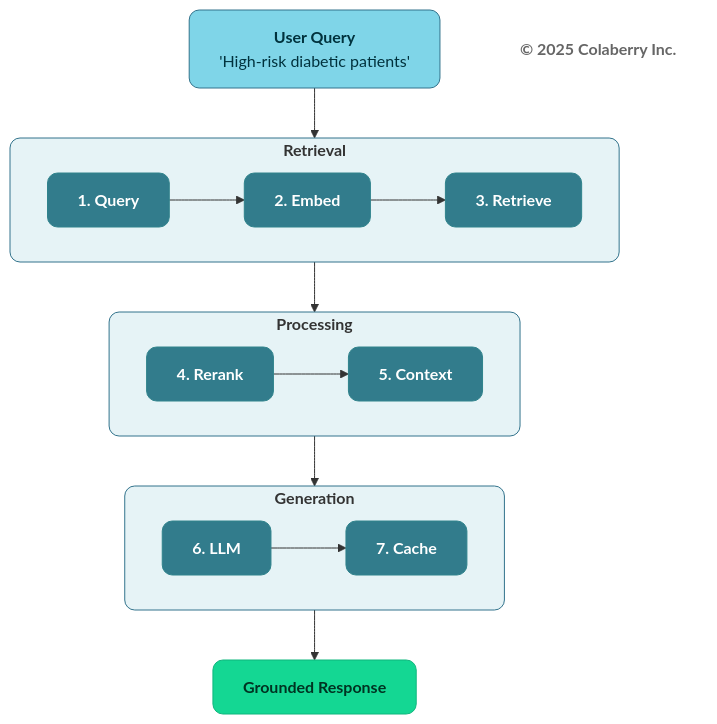
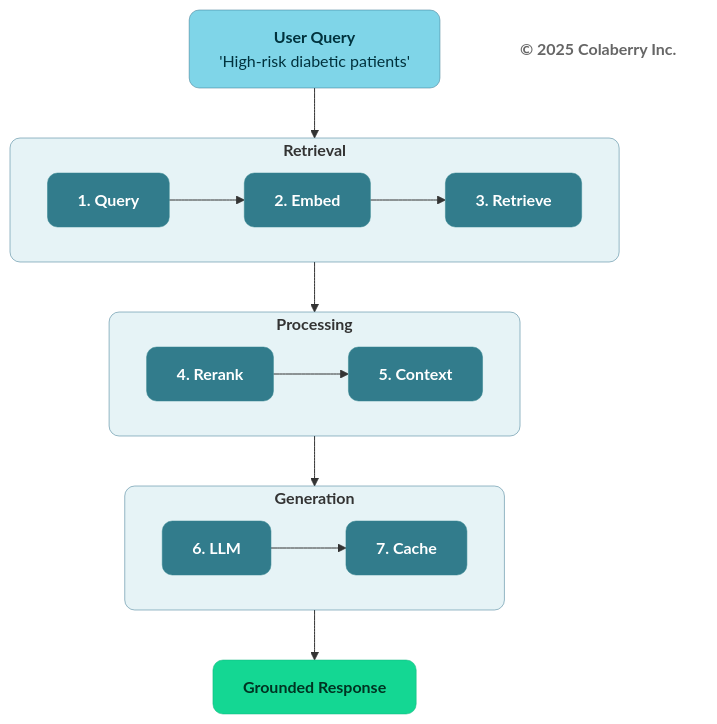
Before and after one commit to saitejesh-cyber/trust-before-intelligence-book: the seventh of 13 diagrams in manuscript/06_chapter_5_intelligence_layers.md, drawn with Mermaid. The commit also changed other lines of this file and 12 other files, not shown here.

Commit message:
Update stroke width to 0.5px instead of 1px to all the diagrams

````diff
--- a/manuscript/06_chapter_5_intelligence_layers.md
+++ b/manuscript/06_chapter_5_intelligence_layers.md
@@ -594,45 +594,45 @@
 ```mermaid
 graph TB
     Q["<b>User Query</b><br/>'High-risk diabetic patients'"]
     
     subgraph ROW1["<b>Retrieval</b>"]
         direction LR
         S1["<b>1. Query</b>"] --> S2["<b>2. Embed</b>"] --> S3["<b>3. Retrieve</b>"]
     end
     
     subgraph ROW2["<b>Processing</b>"]
         direction LR
         S4["<b>4. Rerank</b>"] --> S5["<b>5. Context</b>"]
     end
     
     subgraph ROW3["<b>Generation</b>"]
         direction LR
         S6["<b>6. LLM</b>"] --> S7["<b>7. Cache</b>"]
     end
     
     RESULT["<b>Grounded Response</b>"]
     
     Q --> ROW1
     ROW1 --> ROW2
     ROW2 --> ROW3
     ROW3 --> RESULT
     
     Copyright["<b>© 2025 Colaberry Inc.</b>"]
     
-    style Q fill:#7FD5E8,stroke:#32738C,stroke-width:1px,color:#00323D,rx:10,ry:10
+    style Q fill:#7FD5E8,stroke:#32738C,stroke-width:0.5px,color:#00323D,rx:10,ry:10
     
-    style ROW1 fill:#E6F3F6,stroke:#32738C,stroke-width:1px,rx:10,ry:10
-    style ROW2 fill:#E6F3F6,stroke:#32738C,stroke-width:1px,rx:10,ry:10
-    style ROW3 fill:#E6F3F6,stroke:#32738C,stroke-width:1px,rx:10,ry:10
+    style ROW1 fill:#E6F3F6,stroke:#32738C,stroke-width:0.5px,rx:10,ry:10
+    style ROW2 fill:#E6F3F6,stroke:#32738C,stroke-width:0.5px,rx:10,ry:10
+    style ROW3 fill:#E6F3F6,stroke:#32738C,stroke-width:0.5px,rx:10,ry:10
     
-    style S1 fill:#327C8C,stroke:#30838C,stroke-width:1px,color:#ffffff,rx:10,ry:10
-    style S2 fill:#327C8C,stroke:#30838C,stroke-width:1px,color:#ffffff,rx:10,ry:10
-    style S3 fill:#327C8C,stroke:#30838C,stroke-width:1px,color:#ffffff,rx:10,ry:10
-    style S4 fill:#327C8C,stroke:#30838C,stroke-width:1px,color:#ffffff,rx:10,ry:10
-    style S5 fill:#327C8C,stroke:#30838C,stroke-width:1px,color:#ffffff,rx:10,ry:10
-    style S6 fill:#327C8C,stroke:#30838C,stroke-width:1px,color:#ffffff,rx:10,ry:10
-    style S7 fill:#327C8C,stroke:#30838C,stroke-width:1px,color:#ffffff,rx:10,ry:10
+    style S1 fill:#327C8C,stroke:#30838C,stroke-width:0.5px,color:#ffffff,rx:10,ry:10
+    style S2 fill:#327C8C,stroke:#30838C,stroke-width:0.5px,color:#ffffff,rx:10,ry:10
+    style S3 fill:#327C8C,stroke:#30838C,stroke-width:0.5px,color:#ffffff,rx:10,ry:10
+    style S4 fill:#327C8C,stroke:#30838C,stroke-width:0.5px,color:#ffffff,rx:10,ry:10
+    style S5 fill:#327C8C,stroke:#30838C,stroke-width:0.5px,color:#ffffff,rx:10,ry:10
+    style S6 fill:#327C8C,stroke:#30838C,stroke-width:0.5px,color:#ffffff,rx:10,ry:10
+    style S7 fill:#327C8C,stroke:#30838C,stroke-width:0.5px,color:#ffffff,rx:10,ry:10
     
-    style RESULT fill:#14D793,color:#003322,stroke:#0FB67D,stroke-width:1px,rx:10,ry:10
+    style RESULT fill:#14D793,color:#003322,stroke:#0FB67D,stroke-width:0.5px,rx:10,ry:10
     style Copyright fill:none,stroke:none,color:#666666
 ```
````
